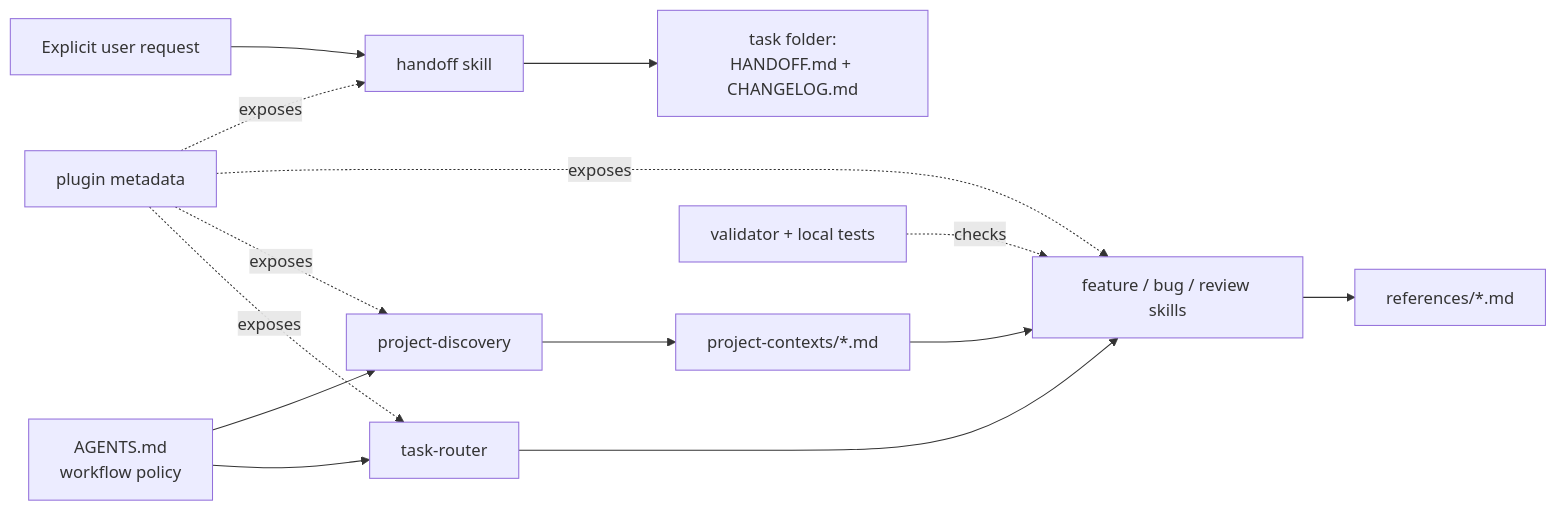
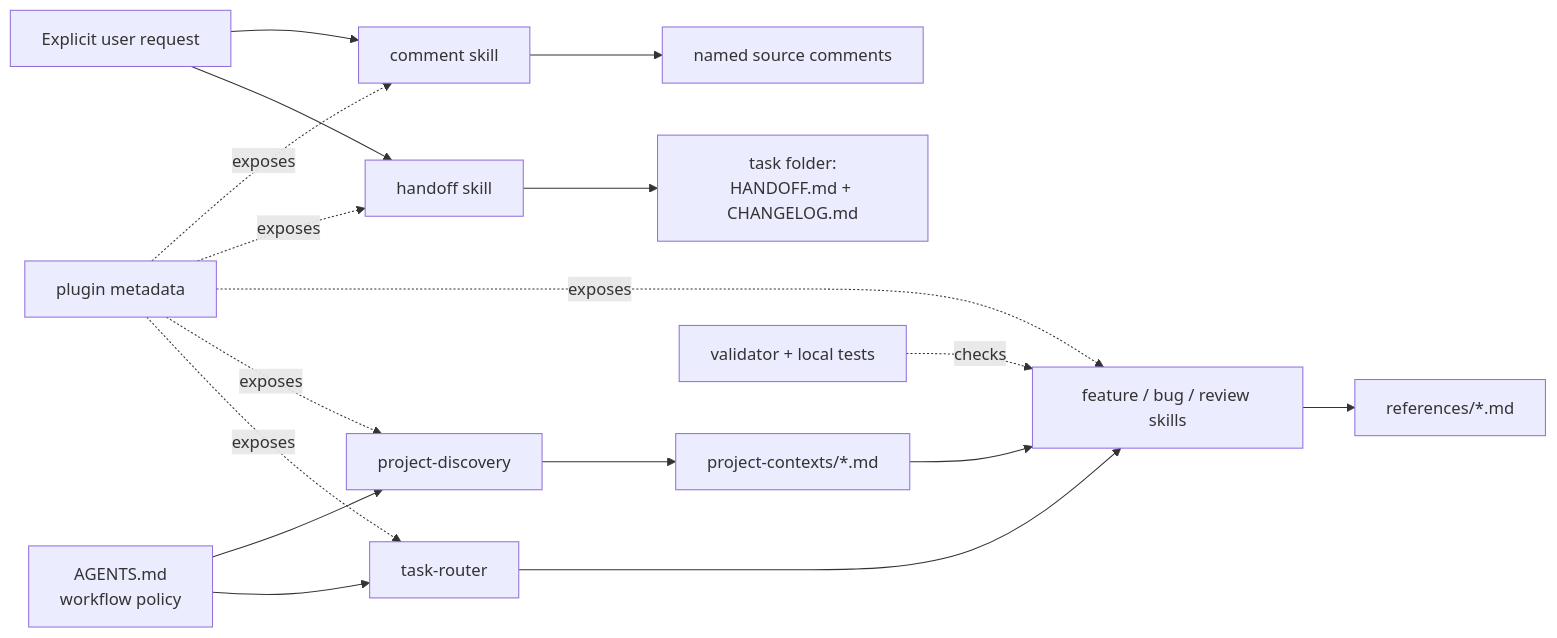
The first of 2 diagrams in agent-skills/project-contexts/agent-skills.md (phanvanphuhn/agent_skills), drawn with Mermaid before and after one commit. The commit also changed other lines of this file and 12 other files, not shown here.

Commit message:
Add the comment skill and tighten routing and authority stops.

````diff
--- a/agent-skills/project-contexts/agent-skills.md
+++ b/agent-skills/project-contexts/agent-skills.md
@@ -70,16 +73,19 @@
 ```mermaid
 flowchart LR
   Instructions["AGENTS.md<br/>workflow policy"] --> Router["task-router"]
   Instructions --> Discovery["project-discovery"]
   Router --> Stages["feature / bug / review skills"]
   Discovery --> Context["project-contexts/*.md"]
   Context --> Stages
   Stages --> Templates["references/*.md"]
   User["Explicit user request"] --> Handoff["handoff skill"]
+  User --> Comment["comment skill"]
   Handoff --> Saved["task folder:<br/>HANDOFF.md + CHANGELOG.md"]
+  Comment --> Scoped["named source comments"]
   Plugin["plugin metadata"] -. exposes .-> Router
   Plugin -. exposes .-> Discovery
   Plugin -. exposes .-> Stages
   Plugin -. exposes .-> Handoff
+  Plugin -. exposes .-> Comment
   Validator["validator + local tests"] -. checks .-> Stages
 ```
````
